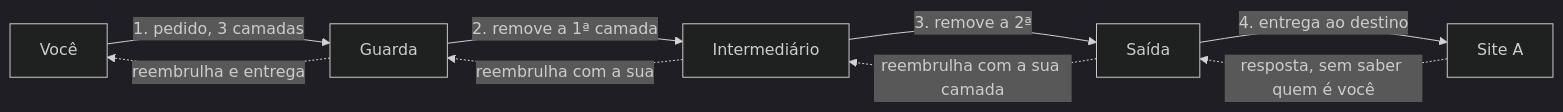
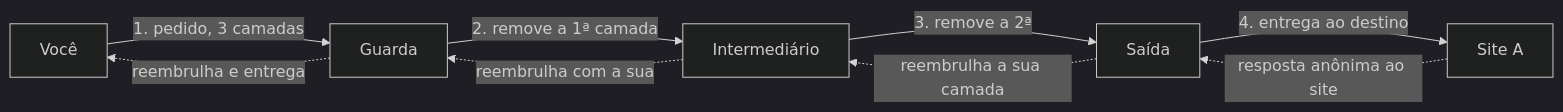
Before and after one commit to alicino/kb-blog: the first of 3 diagrams in src/content/articles/2026-10-16-como-funciona-a-rede-tor.md, drawn with Mermaid (dark theme). The commit also changed other lines of this file and 81 other files, not shown here.

First line of the commit message:
fix(paridade): corrige render dos diagramas e padroniza a capa em 1200x333

````diff
--- a/src/content/articles/2026-10-16-como-funciona-a-rede-tor.md
+++ b/src/content/articles/2026-10-16-como-funciona-a-rede-tor.md
@@ -31,11 +31,11 @@
 ```mermaid
 flowchart LR
     V["Você"] -->|"1. pedido, 3 camadas"| G["Guarda"]
     G -->|"2. remove a 1ª camada"| M["Intermediário"]
     M -->|"3. remove a 2ª"| S["Saída"]
     S -->|"4. entrega ao destino"| A["Site A"]
-    A -.->|"resposta, sem saber quem é você"| S
-    S -.->|"reembrulha com a sua camada"| M
+    A -.->|"resposta anônima ao site"| S
+    S -.->|"reembrulha a sua camada"| M
     M -.->|"reembrulha com a sua"| G
     G -.->|"reembrulha e entrega"| V
 ```
````
